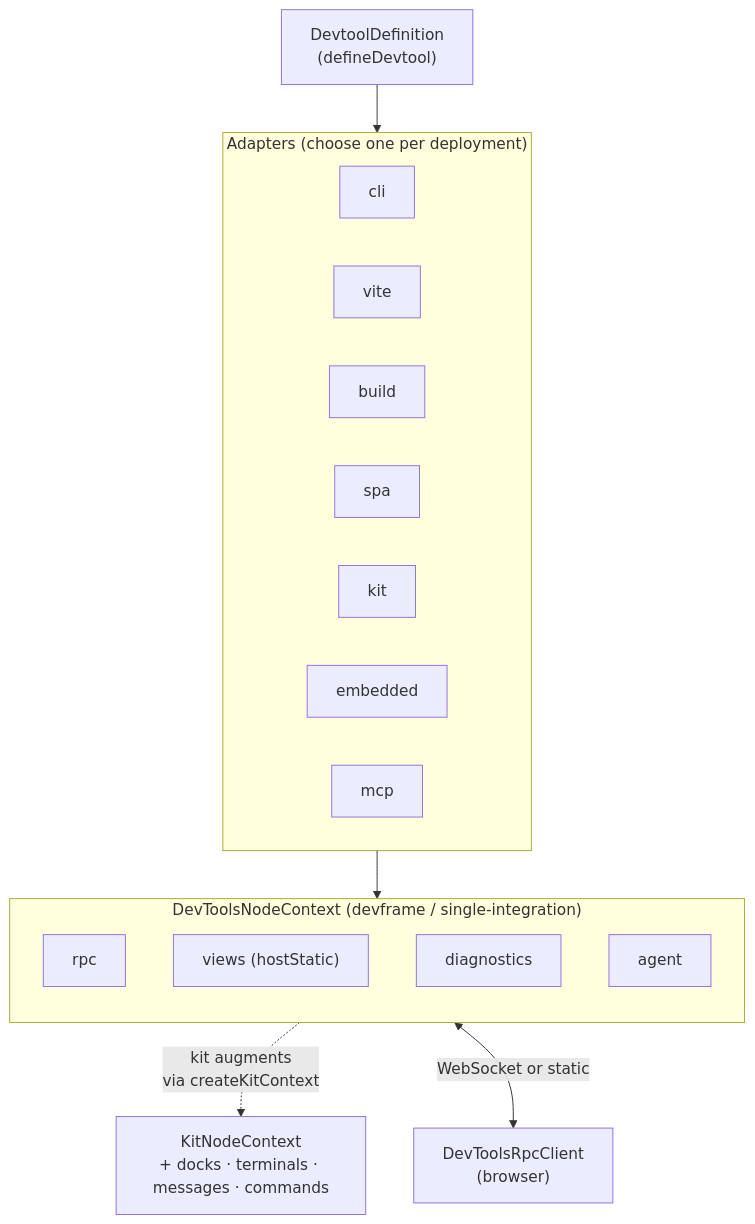
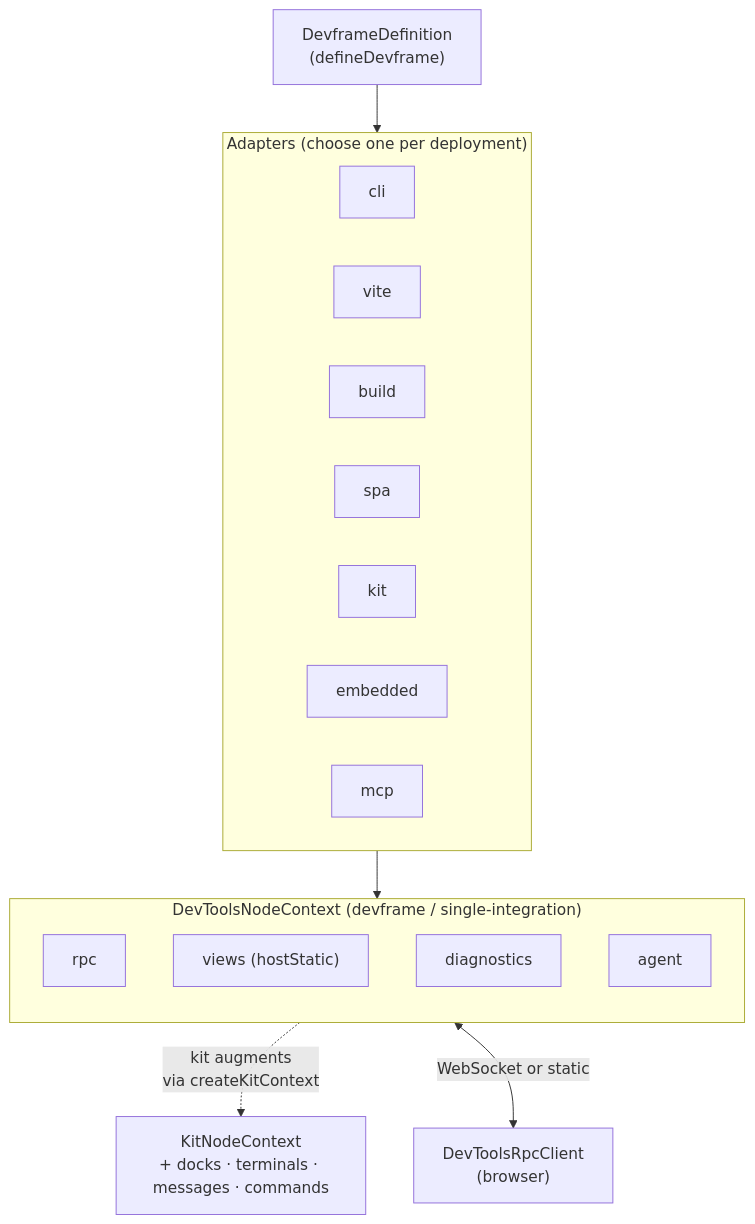
The diagram in devframe/docs/guide/index.md (vitejs/devtools), drawn with Mermaid before and after one commit. The commit also changed other lines of this file and 74 other files, not shown here.

First line of the commit message:
refactor(devframe): rename Devtool* identifiers to Devframe* (#328)

````diff
--- a/devframe/docs/guide/index.md
+++ b/devframe/docs/guide/index.md
@@ -42,28 +42,28 @@
 ```mermaid
 flowchart TB
-  Definition["DevtoolDefinition<br/>(defineDevtool)"]
+  Definition["DevframeDefinition<br/>(defineDevframe)"]
   Definition --> Adapters
 
   subgraph Adapters["Adapters (choose one per deployment)"]
     CLI["cli"]
     Vite["vite"]
     Build["build"]
     SPA["spa"]
     Kit["kit"]
     Embedded["embedded"]
     MCP["mcp"]
   end
 
   Adapters --> Ctx["DevToolsNodeContext"]
 
   subgraph Ctx["DevToolsNodeContext (devframe / single-integration)"]
     direction TB
     RPC["rpc"]
     Views["views (hostStatic)"]
     Diagnostics["diagnostics"]
     Agent["agent"]
   end
 
   Ctx -.->|kit augments<br/>via createKitContext| Hub["KitNodeContext<br/>+ docks · terminals · messages · commands"]
   Ctx <-->|WebSocket or static| Client["DevToolsRpcClient<br/>(browser)"]
 ```
````
